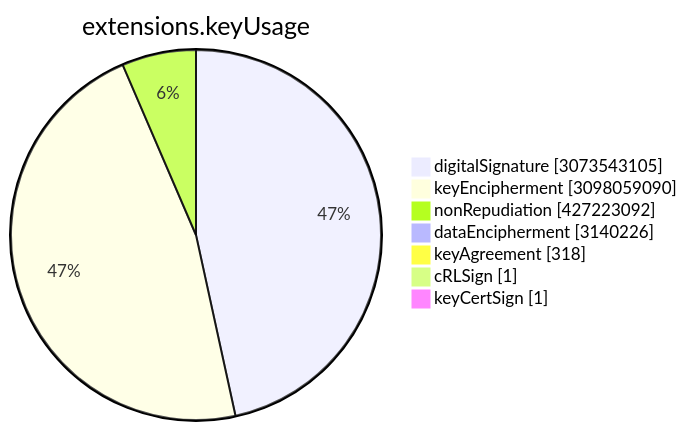
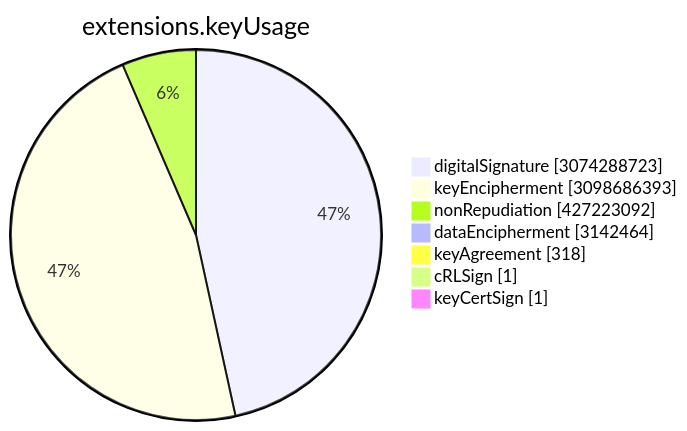
One commit to christiankrug/ctmonitor_visualization changed the sixth of 15 diagrams in TOTAL/README.md. Above: the diagram before and after it, drawn with Mermaid. The commit also changed other lines of this file, not shown here.

````diff
--- a/TOTAL/README.md
+++ b/TOTAL/README.md
@@ -3075,11 +3075,11 @@
 ```mermaid
 pie showData
 title extensions.keyUsage
-"digitalSignature" :3073543105
-"keyEncipherment" :3098059090
+"digitalSignature" :3074288723
+"keyEncipherment" :3098686393
 "nonRepudiation" :427223092
-"dataEncipherment" :3140226
+"dataEncipherment" :3142464
 "keyAgreement" :318
 "cRLSign" :1
 "keyCertSign" :1
 ```
````
